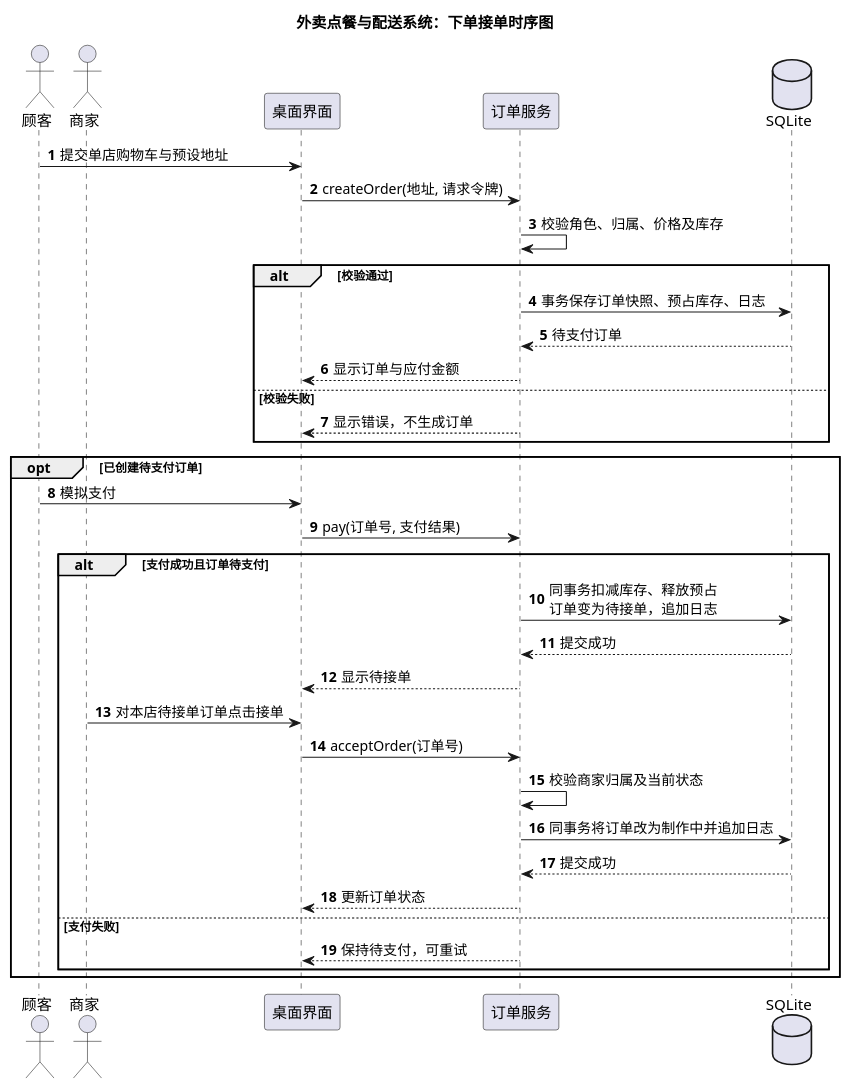
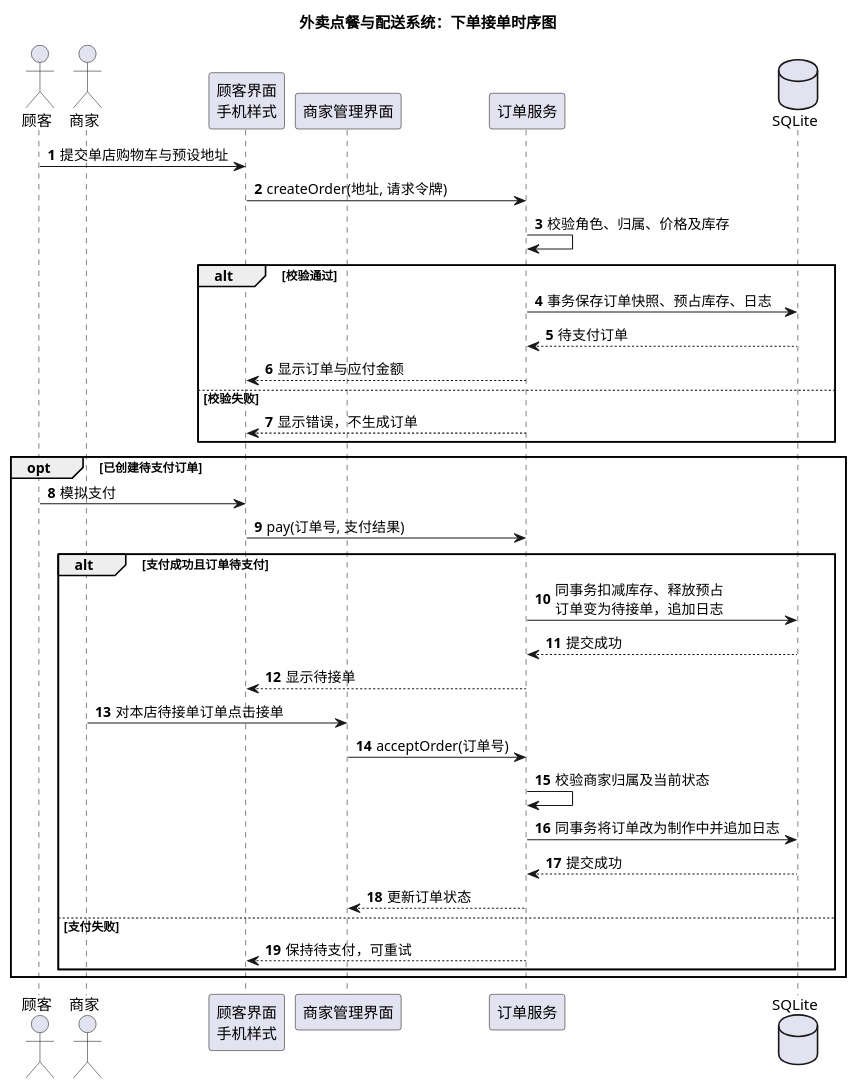
Before and after one commit to yizuochengshilidefeng/Software-lab: the diagram in UML/UML时序图.puml, drawn with PlantUML. The commit also changed 7 other files, not shown here.

```diff
--- a/UML/UML时序图.puml
+++ b/UML/UML时序图.puml
@@ -1,40 +1,41 @@
 @startuml
 title 外卖点餐与配送系统：下单接单时序图
 skinparam defaultFontName Microsoft YaHei
 skinparam shadowing false
 autonumber
 actor 顾客
 actor 商家
-participant "桌面界面" as UI
+participant "顾客界面\n手机样式" as UI
+participant "商家管理界面" as MerchantUI
 participant "订单服务" as Orders
 database SQLite
 
 顾客 -> UI : 提交单店购物车与预设地址
 UI -> Orders : createOrder(地址, 请求令牌)
 Orders -> Orders : 校验角色、归属、价格及库存
 alt 校验通过
   Orders -> SQLite : 事务保存订单快照、预占库存、日志
   SQLite --> Orders : 待支付订单
   Orders --> UI : 显示订单与应付金额
 else 校验失败
   Orders --> UI : 显示错误，不生成订单
 end
 
 opt 已创建待支付订单
   顾客 -> UI : 模拟支付
   UI -> Orders : pay(订单号, 支付结果)
   alt 支付成功且订单待支付
     Orders -> SQLite : 同事务扣减库存、释放预占\n订单变为待接单，追加日志
     SQLite --> Orders : 提交成功
     Orders --> UI : 显示待接单
-    商家 -> UI : 对本店待接单订单点击接单
-    UI -> Orders : acceptOrder(订单号)
+    商家 -> MerchantUI : 对本店待接单订单点击接单
+    MerchantUI -> Orders : acceptOrder(订单号)
     Orders -> Orders : 校验商家归属及当前状态
     Orders -> SQLite : 同事务将订单改为制作中并追加日志
     SQLite --> Orders : 提交成功
-    Orders --> UI : 更新订单状态
+    Orders --> MerchantUI : 更新订单状态
   else 支付失败
     Orders --> UI : 保持待支付，可重试
   end
 end
 @enduml
```
